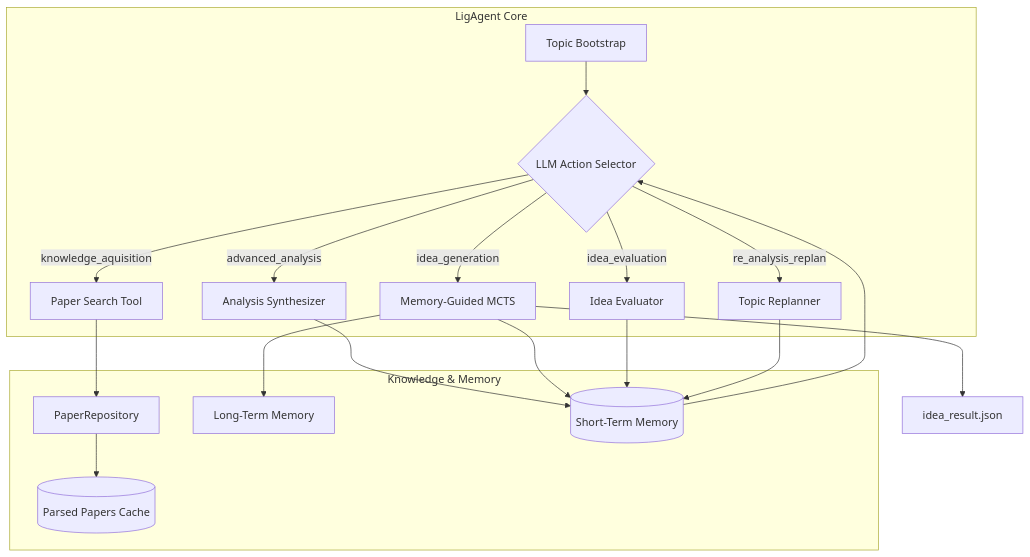
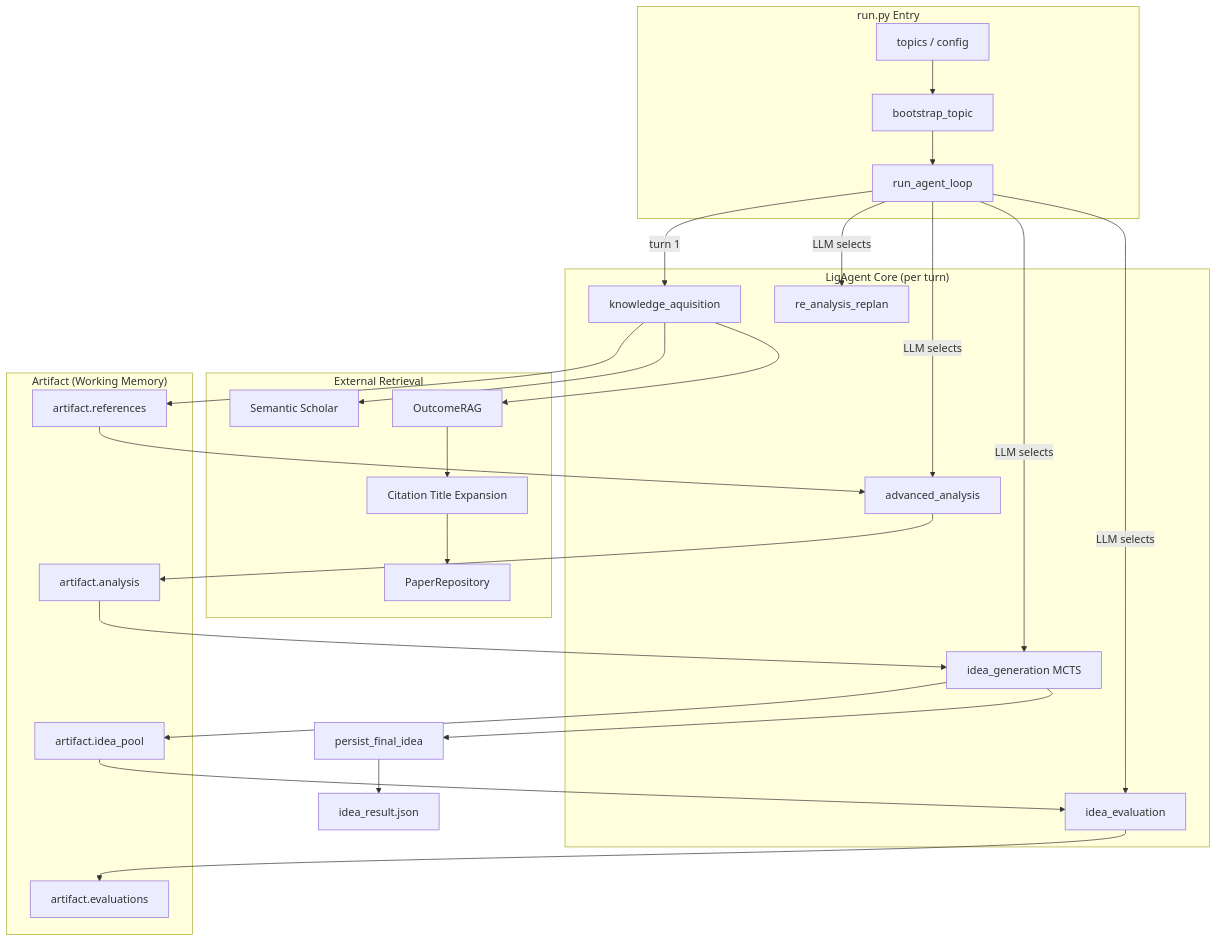
The diagram in src/agents/idea_agent/README.md (OpenDFM/Xcientist), drawn with Mermaid before and after one commit. The commit also changed other lines of this file and 5 other files, not shown here.

````diff
--- a/src/agents/idea_agent/README.md
+++ b/src/agents/idea_agent/README.md
@@ -23,24 +32,35 @@
 ```mermaid
 graph TD
-    subgraph "LigAgent Core"
-        A[Topic Bootstrap] --> B{LLM Action Selector}
-        B -->|knowledge_aquisition| C[Paper Search Tool]
-        B -->|advanced_analysis| D[Analysis Synthesizer]
-        B -->|idea_generation| E[Memory-Guided MCTS]
-        B -->|idea_evaluation| F[Idea Evaluator]
-        B -->|re_analysis_replan| G[Topic Replanner]
+    subgraph "run.py Entry"
+        S[topics / config] --> B[bootstrap_topic]
+        B --> L[run_agent_loop]
     end
 
-    subgraph "Knowledge & Memory"
-        C --> H[PaperRepository]
-        H --> I[(Parsed Papers Cache)]
-        E --> J[Long-Term Memory]
-        D --> K[(Short-Term Memory)]
-        E --> K
-        F --> K
-        G --> K
+    subgraph "LigAgent Core (per turn)"
+        L -->|turn 1| KA[knowledge_aquisition]
+        L -->|LLM selects| AA[advanced_analysis]
+        L -->|LLM selects| IG[idea_generation MCTS]
+        L -->|LLM selects| IE[idea_evaluation]
+        L -->|LLM selects| RR[re_analysis_replan]
     end
 
-    E --> L[idea_result.json]
-    K --> B
+    subgraph "External Retrieval"
+        KA --> SS[Semantic Scholar]
+        KA --> ORAG[OutcomeRAG]
+        ORAG --> CT[Citation Title Expansion]
+        CT --> PR[PaperRepository]
+    end
+
+    subgraph "Artifact (Working Memory)"
+        KA --> AR[artifact.references]
+        AR --> AA
+        AA --> AN[artifact.analysis]
+        AN --> IG
+        IG --> IP[artifact.idea_pool]
+        IP --> IE
+        IE --> EV[artifact.evaluations]
+    end
+
+    IG --> PFI[persist_final_idea]
+    PFI --> OUT[idea_result.json]
 ```
````
